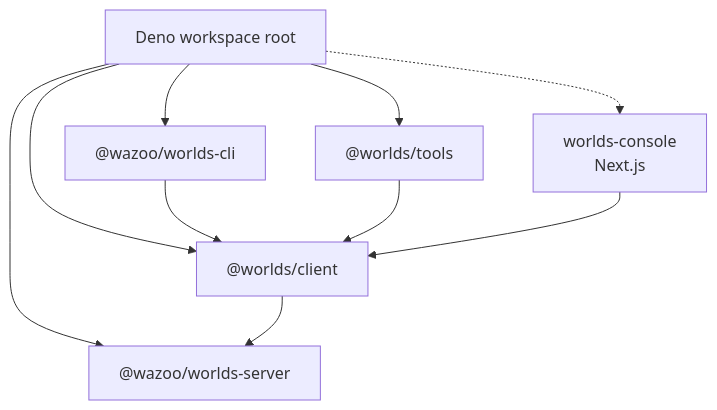
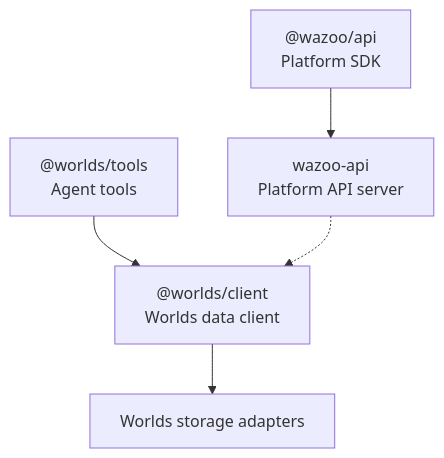
Before and after one commit to wazootech/docs.wazoo.dev: the fourth of 4 diagrams in contribute/architecture.mdx, drawn with Mermaid. The commit also changed other lines of this file and 14 other files, not shown here.

First line of the commit message:
Document Platform API boundaries

````diff
--- a/contribute/architecture.mdx
+++ b/contribute/architecture.mdx
@@ -280,20 +240,13 @@
 ```mermaid
 graph TD
-    ROOT["Deno workspace root"]
-    SERVER["@wazoo/worlds-server"]
-    API["@worlds/client"]
-    AI_API["@worlds/tools"]
-    CLI["@wazoo/worlds-cli"]
-    CONSOLE["worlds-console<br/>Next.js"]
+    PLATFORM_SERVER["wazoo-api<br/>Platform API server"]
+    PLATFORM_SDK["@wazoo/api<br/>Platform SDK"]
+    WORLDS_CLIENT["@worlds/client<br/>Worlds data client"]
+    WORLDS_TOOLS["@worlds/tools<br/>Agent tools"]
+    WORLDS_ADAPTERS["Worlds storage adapters"]
 
-    ROOT --> SERVER
-    ROOT --> API
-    ROOT --> AI_API
-    ROOT --> CLI
-    ROOT -.-> CONSOLE
-
-    CLI --> API
-    AI_API --> API
-    CONSOLE --> API
-    API --> SERVER
+    PLATFORM_SDK --> PLATFORM_SERVER
+    WORLDS_TOOLS --> WORLDS_CLIENT
+    WORLDS_CLIENT --> WORLDS_ADAPTERS
+    PLATFORM_SERVER -.-> WORLDS_CLIENT
 ```
````
